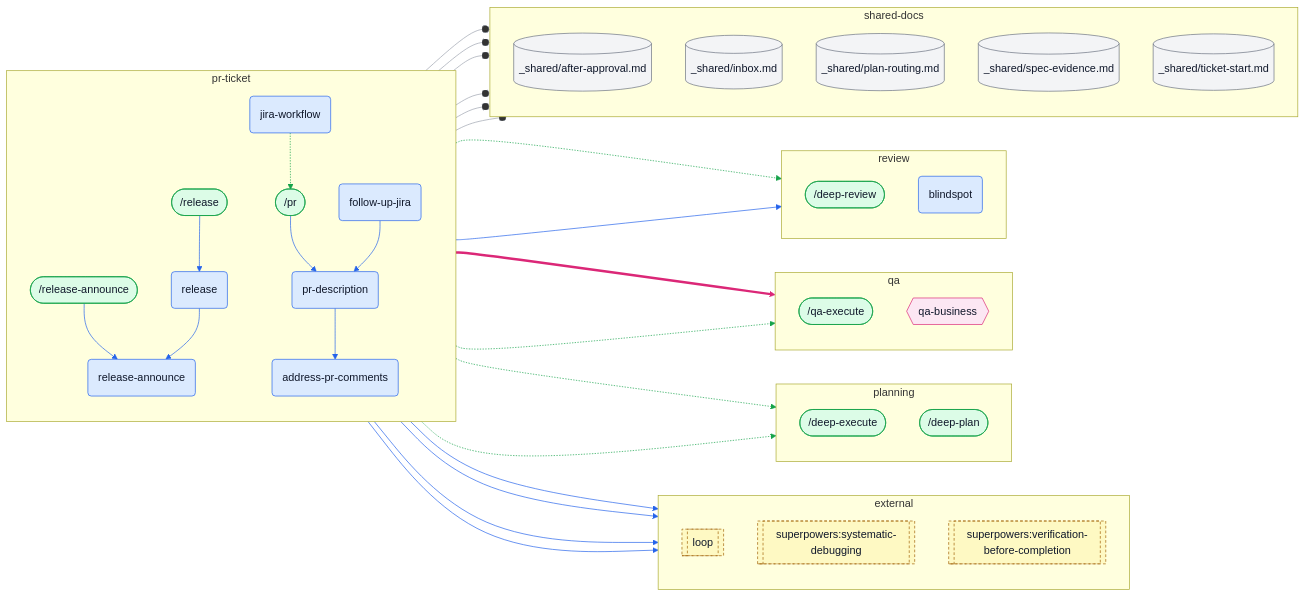
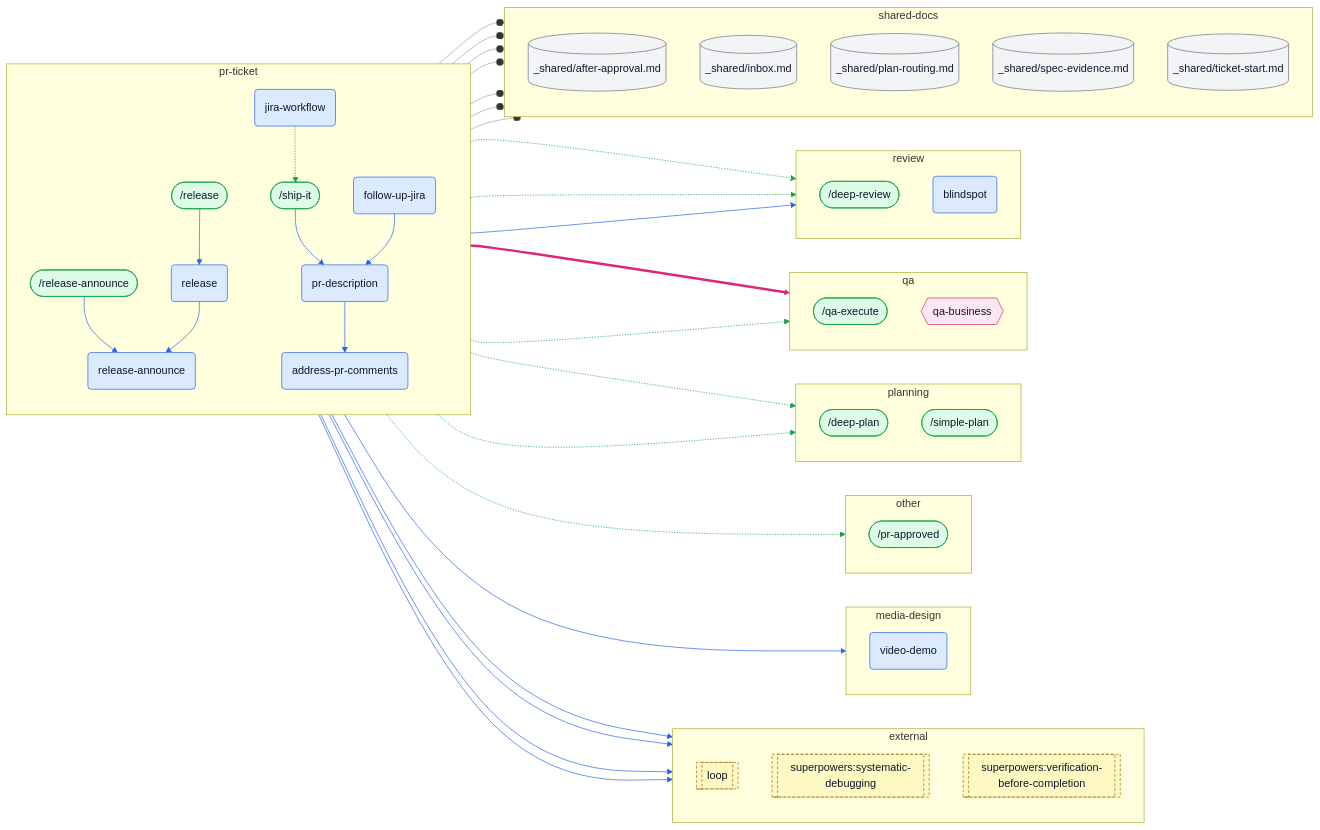
The fifth of 10 diagrams in docs/skills-map.md (ybarsotti/dotfiles), drawn with Mermaid before and after one commit. The commit also changed other lines of this file and 32 other files, not shown here.

First line of the commit message:
feat(skills): rename /pr to /ship-it; re-review only the fix delta

```diff
--- a/docs/skills-map.md
+++ b/docs/skills-map.md
@@ -444,16 +577,24 @@
     x_superpowers_systematic_debugging[["superpowers:systematic-debugging"]]:::external
     x_superpowers_verification_before_completion[["superpowers:verification-before-completion"]]:::external
   end
+  subgraph cl_media_design["media-design"]
+    direction TB
+    s_video_demo("video-demo"):::skill
+  end
+  subgraph cl_other["other"]
+    direction TB
+    c_pr_approved(["/pr-approved"]):::command
+  end
   subgraph cl_planning["planning"]
     direction TB
-    c_deep_execute(["/deep-execute"]):::command
     c_deep_plan(["/deep-plan"]):::command
+    c_simple_plan(["/simple-plan"]):::command
   end
   subgraph cl_pr_ticket["pr-ticket"]
     direction TB
-    c_pr(["/pr"]):::command
     c_release(["/release"]):::command
     c_release_announce(["/release-announce"]):::command
+    c_ship_it(["/ship-it"]):::command
     s_address_pr_comments("address-pr-comments"):::skill
     s_follow_up_jira("follow-up-jira"):::skill
     s_jira_workflow("jira-workflow"):::skill
@@ -479,25 +620,29 @@
     d_spec_evidence[("_shared/spec-evidence.md")]:::shared
     d_ticket_start[("_shared/ticket-start.md")]:::shared
   end
-  c_pr --> s_pr_description
   c_release --> s_release
   c_release_announce --> s_release_announce
+  c_ship_it --> s_pr_description
   s_follow_up_jira --> s_pr_description
-  s_jira_workflow -.-> c_deep_execute
   s_jira_workflow -.-> c_deep_plan
   s_jira_workflow -.-> c_deep_review
-  s_jira_workflow -.-> c_pr
+  s_jira_workflow -.-> c_ship_it
+  s_jira_workflow -.-> c_simple_plan
   s_jira_workflow --o d_after_approval
   s_jira_workflow --o d_plan_routing
   s_jira_workflow --o d_ticket_start
   s_jira_workflow --> x_superpowers_systematic_debugging
   s_jira_workflow --> x_superpowers_verification_before_completion
   s_pr_description ==> a_qa_business
+  s_pr_description -.-> c_deep_review
+  s_pr_description -.-> c_pr_approved
   s_pr_description -.-> c_qa_execute
+  s_pr_description --o d_after_approval
   s_pr_description --o d_inbox
   s_pr_description --o d_spec_evidence
   s_pr_description --> s_address_pr_comments
   s_pr_description --> s_blindspot
+  s_pr_description --> s_video_demo
   s_pr_description --> x_loop
   s_pr_description --> x_superpowers_systematic_debugging
   s_release --> s_release_announce
@@ -517,14 +662,18 @@
   linkStyle 12 stroke:#2563eb
   linkStyle 13 stroke:#db2777
   linkStyle 14 stroke:#16a34a
-  linkStyle 15 stroke:#9ca3af
-  linkStyle 16 stroke:#9ca3af
-  linkStyle 17 stroke:#2563eb
-  linkStyle 18 stroke:#2563eb
-  linkStyle 19 stroke:#2563eb
+  linkStyle 15 stroke:#16a34a
+  linkStyle 16 stroke:#16a34a
+  linkStyle 17 stroke:#9ca3af
+  linkStyle 18 stroke:#9ca3af
+  linkStyle 19 stroke:#9ca3af
   linkStyle 20 stroke:#2563eb
   linkStyle 21 stroke:#2563eb
-  linkStyle 22 stroke:#9ca3af
+  linkStyle 22 stroke:#2563eb
+  linkStyle 23 stroke:#2563eb
+  linkStyle 24 stroke:#2563eb
+  linkStyle 25 stroke:#2563eb
+  linkStyle 26 stroke:#9ca3af
   classDef skill fill:#dbeafe,stroke:#2563eb,color:#0f172a
   classDef command fill:#dcfce7,stroke:#16a34a,color:#0f172a
   classDef agent fill:#fce7f3,stroke:#db2777,color:#0f172a
```
